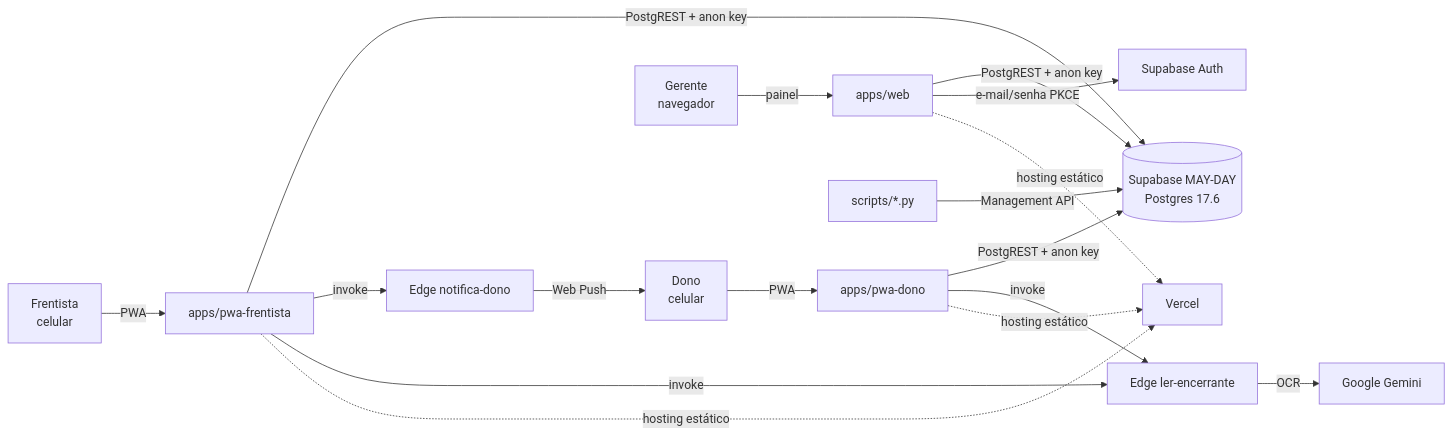
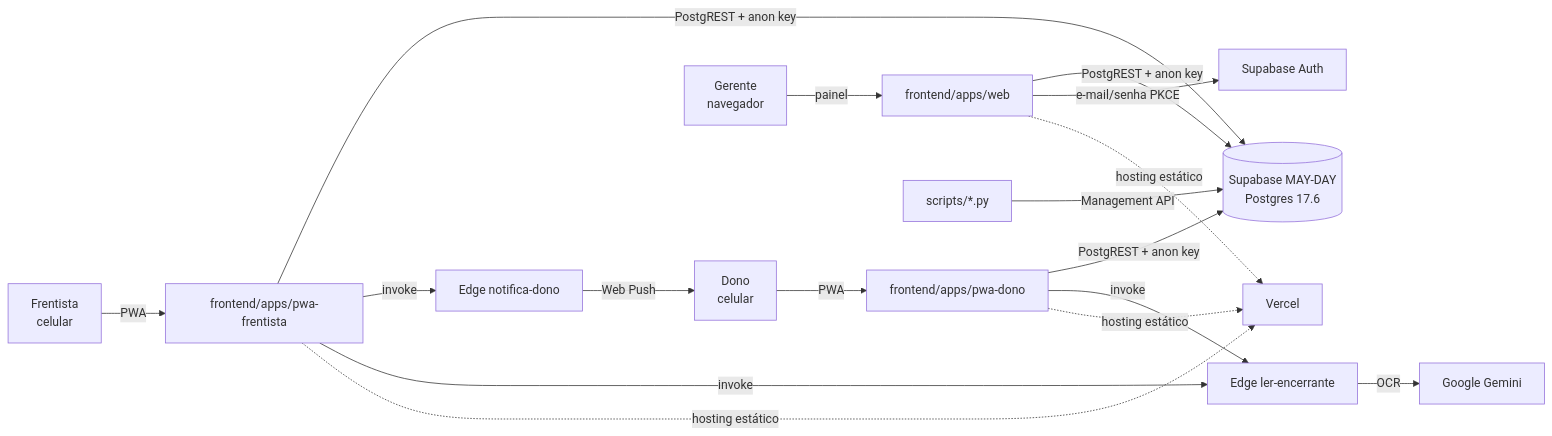
The first of 3 diagrams in docs/architecture.md (Crud-Make/Posto-Providencia), drawn with Mermaid before and after one commit. The commit also changed other lines of this file and 86 other files, not shown here.

````diff
--- a/docs/architecture.md
+++ b/docs/architecture.md
@@ -10,14 +10,14 @@
 ```mermaid
 flowchart LR
-    F[Frentista<br/>celular] -->|PWA| PF[apps/pwa-frentista]
-    D[Dono<br/>celular] -->|PWA| PD[apps/pwa-dono]
-    G[Gerente<br/>navegador] -->|painel| W[apps/web]
+    F[Frentista<br/>celular] -->|PWA| PF[frontend/apps/pwa-frentista]
+    D[Dono<br/>celular] -->|PWA| PD[frontend/apps/pwa-dono]
+    G[Gerente<br/>navegador] -->|painel| W[frontend/apps/web]
     PF & PD & W -->|PostgREST + anon key| SB[(Supabase MAY-DAY<br/>Postgres 17.6)]
     W -->|e-mail/senha PKCE| SBA[Supabase Auth]
     PF -->|invoke| EF2[Edge notifica-dono]
     PD & PF -->|invoke| EF1[Edge ler-encerrante]
     EF1 -->|OCR| GEM[Google Gemini]
     EF2 -->|Web Push| D
     PF & PD & W -.->|hosting estático| VC[Vercel]
     ETL[scripts/*.py] -->|Management API| SB
 ```
````
